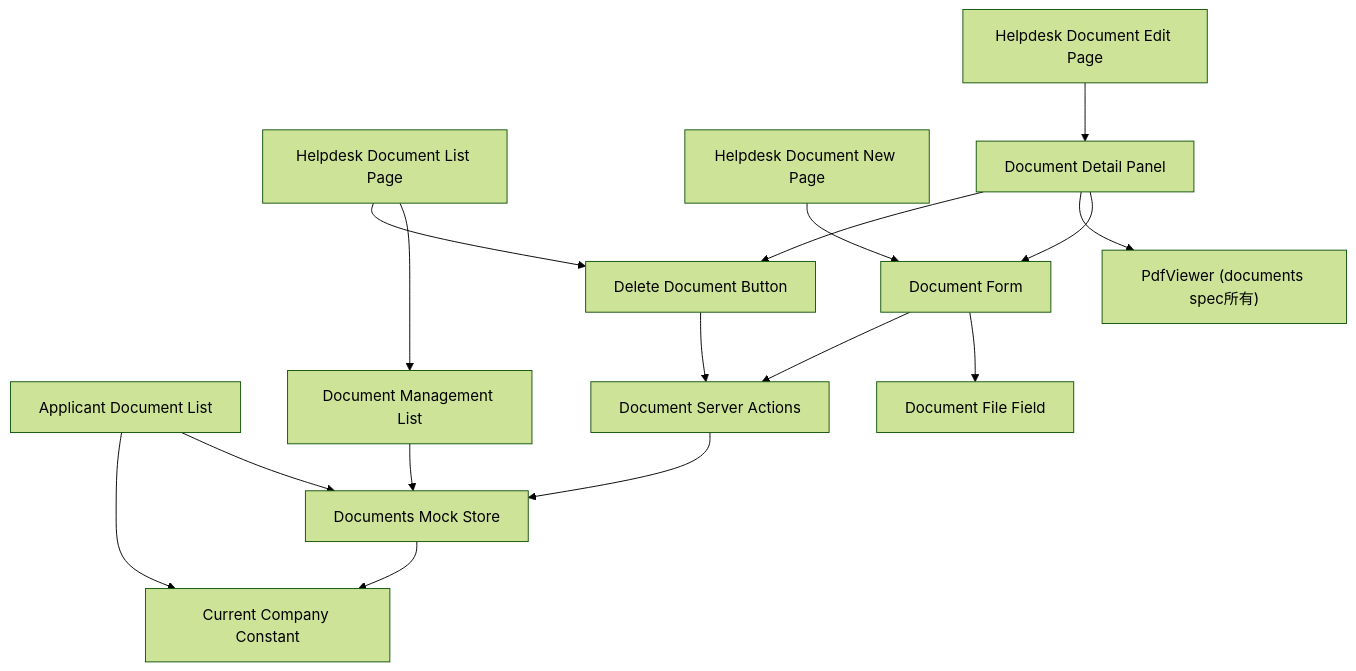
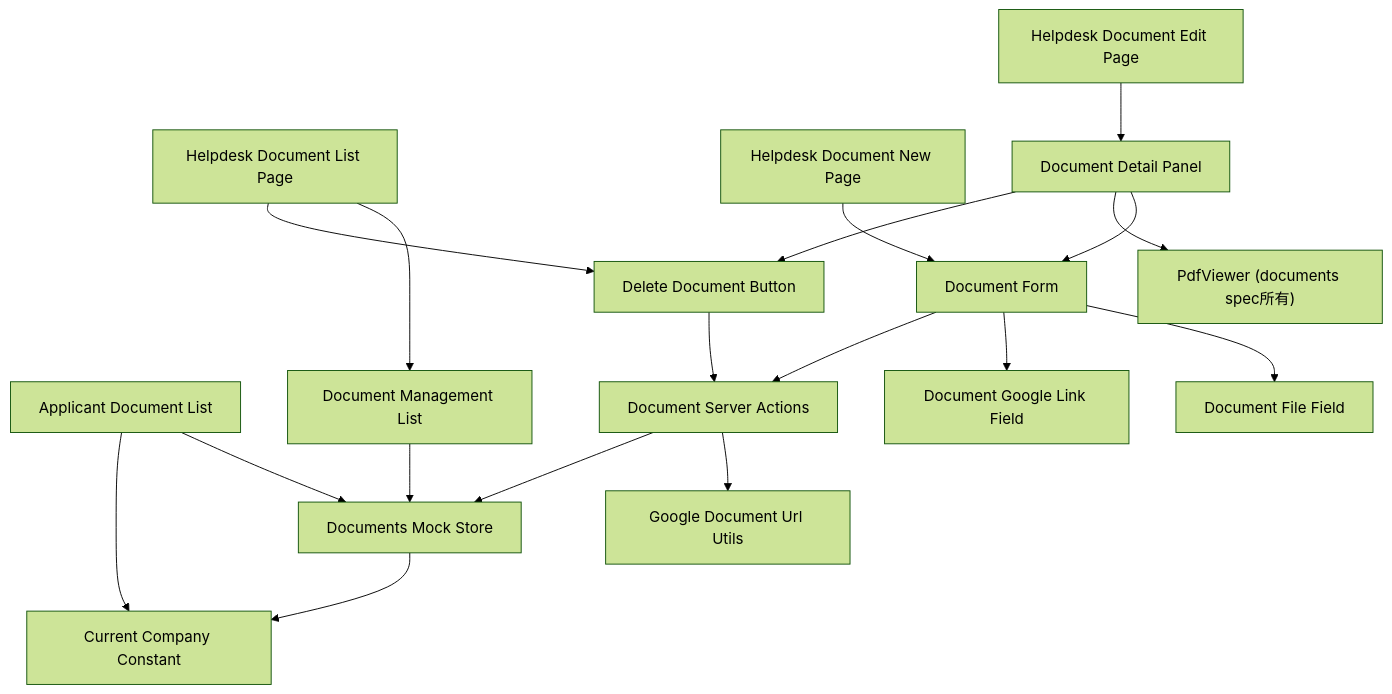
One commit to yuitosuenaga/daiso-portal-mock changed the first of 2 diagrams in .kiro/specs/documents-management/design.md. Above: the diagram before and after it, drawn with Mermaid (forest theme). The commit also changed other lines of this file and 49 other files, not shown here.

First line of the commit message:
Add Google Docs/Sheets/Slides share link registration for documents

````diff
--- a/.kiro/specs/documents-management/design.md
+++ b/.kiro/specs/documents-management/design.md
@@ -64,28 +74,30 @@
 ```mermaid
 graph TB
     HelpdeskDocumentListPage[Helpdesk Document List Page]
     HelpdeskDocumentNewPage[Helpdesk Document New Page]
     HelpdeskDocumentEditPage[Helpdesk Document Edit Page]
     ApplicantDocumentList[Applicant Document List]
 
     HelpdeskDocumentListPage --> DocumentManagementList[Document Management List]
     HelpdeskDocumentListPage --> DeleteDocumentButton[Delete Document Button]
     HelpdeskDocumentNewPage --> DocumentForm[Document Form]
     HelpdeskDocumentEditPage --> DocumentDetailPanel[Document Detail Panel]
 
     DocumentDetailPanel --> DocumentForm
     DocumentDetailPanel --> PdfViewer["PdfViewer (documents spec所有)"]
     DocumentDetailPanel --> DeleteDocumentButton
 
     DocumentForm --> DocumentFileField[Document File Field]
+    DocumentForm --> DocumentGoogleLinkField[Document Google Link Field]
     DocumentForm --> DocumentActions[Document Server Actions]
     DeleteDocumentButton --> DocumentActions
 
+    DocumentActions --> GoogleDocumentUrlUtils[Google Document Url Utils]
     DocumentActions --> DocumentsStore[Documents Mock Store]
 
     DocumentManagementList --> DocumentsStore
     ApplicantDocumentList --> DocumentsStore
 
     DocumentsStore --> CurrentCompany[Current Company Constant]
     ApplicantDocumentList --> CurrentCompany
 ```
````
